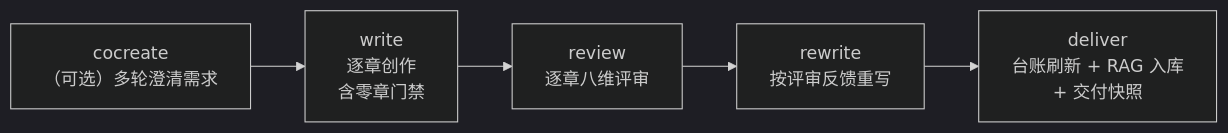
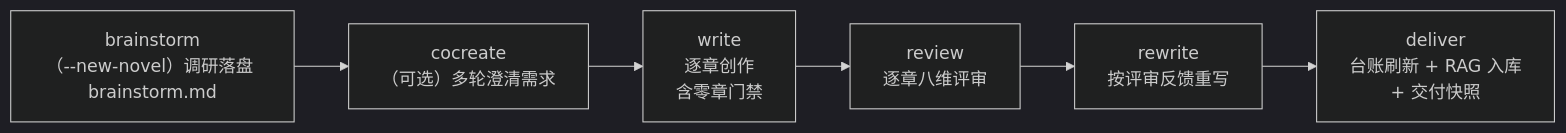
Before and after one commit to Xiaoyangy/novel-studio: the fourth of 5 diagrams in README.md, drawn with Mermaid (dark theme). The commit also changed other lines of this file, not shown here.

````diff
--- a/README.md
+++ b/README.md
@@ -123,7 +146,8 @@
 ```mermaid
 flowchart LR
-    CC["cocreate<br/>（可选）多轮澄清需求"] --> W["write<br/>逐章创作<br/>含零章门禁"]
+    BS["brainstorm<br/>（--new-novel）调研落盘 brainstorm.md"] --> CC["cocreate<br/>（可选）多轮澄清需求"]
+    CC --> W["write<br/>逐章创作<br/>含零章门禁"]
     W --> R["review<br/>逐章八维评审"]
     R --> RW["rewrite<br/>按评审反馈重写"]
     RW --> D["deliver<br/>台账刷新 + RAG 入库<br/>+ 交付快照"]
 ```
````
